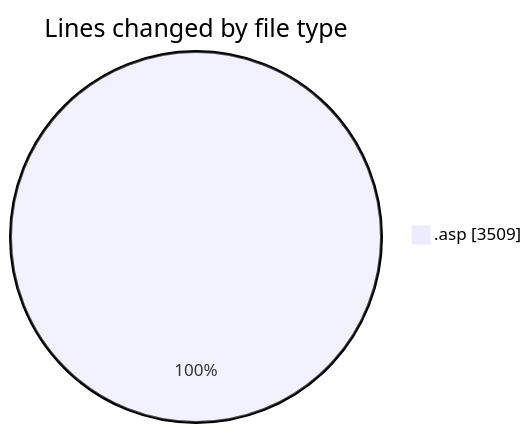
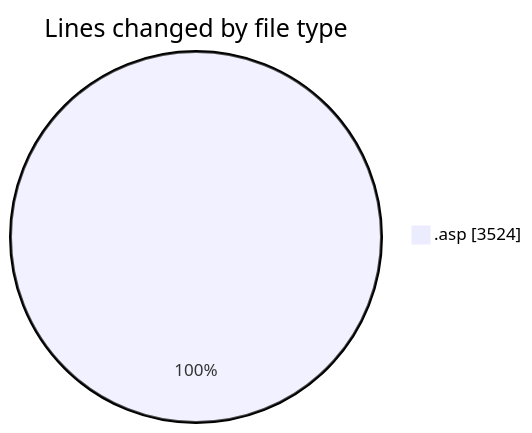
One commit to julien-gomy/code-tracking changed the first of 2 diagrams in 2025-11-15/cdp_aleoudev_fr__workspace_/README.md. Above: the diagram before and after it, drawn with Mermaid. The commit also changed other lines of this file and 1 other file, not shown here.

````diff
--- a/2025-11-15/cdp_aleoudev_fr__workspace_/README.md
+++ b/2025-11-15/cdp_aleoudev_fr__workspace_/README.md
@@ -26,5 +26,5 @@
 ```mermaid
 pie showData
 title Lines changed by file type
-".asp" : 3509
+".asp" : 3524
 ```
````
